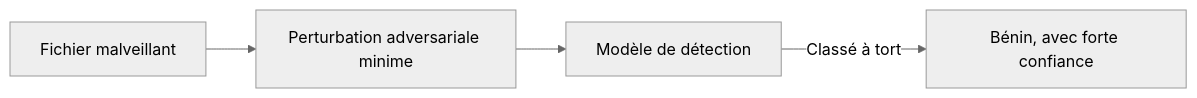
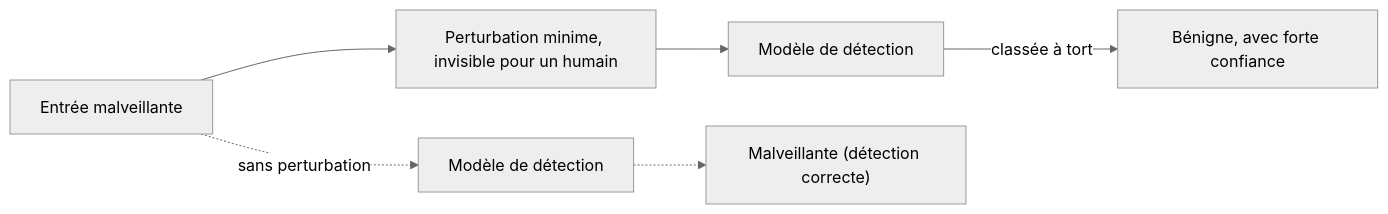
The first of 2 diagrams in content/courses/deep-learning/07-deploiement-limites-deep-learning-securite.md (AureDulvresse/nyx), drawn with Mermaid (neutral theme) before and after one commit. The commit also changed other lines of this file and 167 other files, not shown here.

````diff
--- a/content/courses/deep-learning/07-deploiement-limites-deep-learning-securite.md
+++ b/content/courses/deep-learning/07-deploiement-limites-deep-learning-securite.md
@@ -41,6 +81,8 @@
 ```mermaid
-graph LR
-    A[Fichier malveillant] --> B[Perturbation adversariale minime]
-    B --> C[Modèle de détection]
-    C -->|Classé à tort| D[Bénin, avec forte confiance]
+flowchart LR
+    A["Entrée malveillante"] --> B["Perturbation minime, invisible pour un humain"]
+    B --> C["Modèle de détection"]
+    C -->|"classée à tort"| D["Bénigne, avec forte confiance"]
+    A -.->|"sans perturbation"| C2["Modèle de détection"]
+    C2 -.-> E["Malveillante (détection correcte)"]
 ```
````
